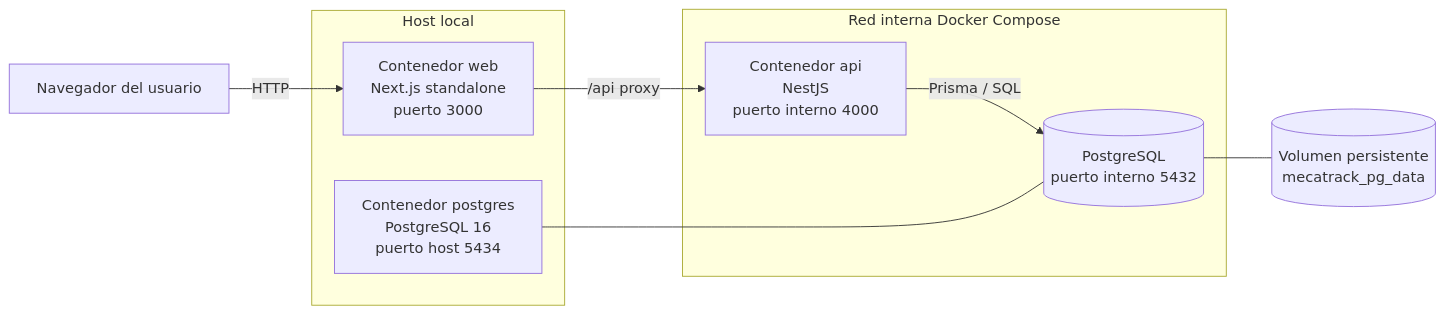
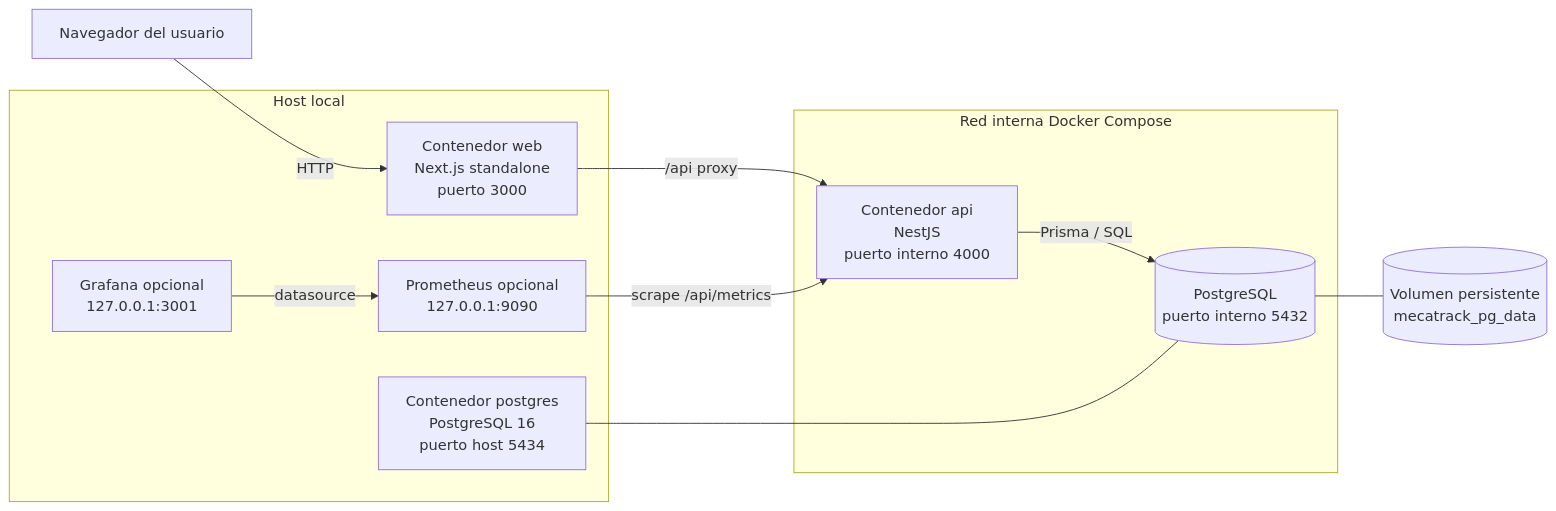
One commit to LIDR-academy/AI4Devs-finalproject changed the second of 3 diagrams in readme.md. Above: the diagram before and after it, drawn with Mermaid. The commit also changed other lines of this file and 11 other files, not shown here.

````diff
--- a/readme.md
+++ b/readme.md
@@ -590,22 +592,26 @@
 ```mermaid
 flowchart LR
     User[Navegador del usuario]
 
     subgraph Host [Host local]
         Web[Contenedor web\nNext.js standalone\npuerto 3000]
         PG[Contenedor postgres\nPostgreSQL 16\npuerto host 5434]
+        Prom[Prometheus opcional\n127.0.0.1:9090]
+        Graf[Grafana opcional\n127.0.0.1:3001]
     end
 
     subgraph Docker [Red interna Docker Compose]
         API[Contenedor api\nNestJS\npuerto interno 4000]
         DB[(PostgreSQL\npuerto interno 5432)]
     end
 
     Volume[(Volumen persistente\nmecatrack_pg_data)]
 
     User -->|HTTP| Web
     Web -->|/api proxy| API
     API -->|Prisma / SQL| DB
     DB --- Volume
     PG --- DB
+    Prom -->|scrape /api/metrics| API
+    Graf -->|datasource| Prom
 ```
````
